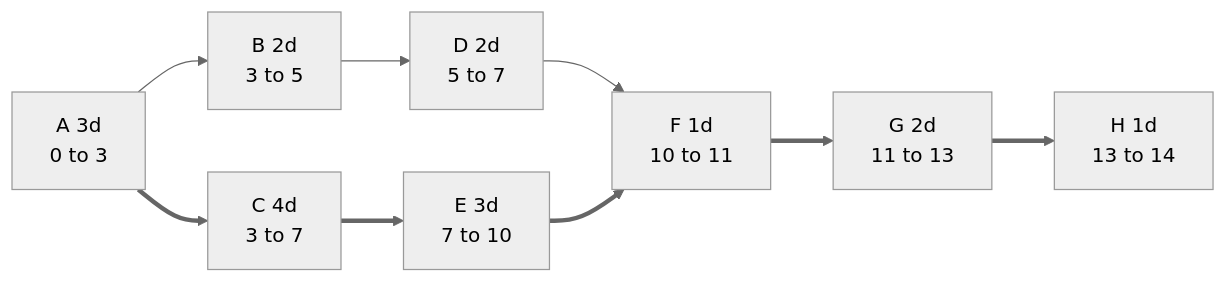
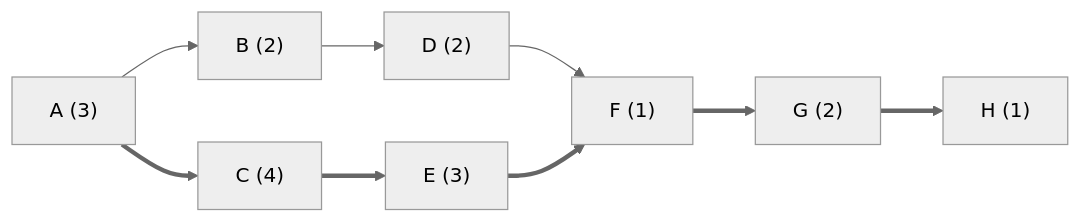
Before and after one commit to vrevolverrr/vicher: the diagram in eval/figure/generated/haiku/b-gantt.md, drawn with Mermaid (neutral theme). The commit also changed other lines of this file and 243 other files, not shown here.

First line of the commit message:
feat(figure): replace tags with groups and states (#13)

````diff
--- a/eval/figure/generated/haiku/b-gantt.md
+++ b/eval/figure/generated/haiku/b-gantt.md
@@ -16,11 +18,11 @@
 ```mermaid
 flowchart LR
-    A["A 3d<br/>0 to 3"] ==> C["C 4d<br/>3 to 7"]
-    A --> B["B 2d<br/>3 to 5"]
-    B --> D["D 2d<br/>5 to 7"]
-    C ==> E["E 3d<br/>7 to 10"]
-    D --> F["F 1d<br/>10 to 11"]
-    E ==> F
-    F ==> G["G 2d<br/>11 to 13"]
-    G ==> H["H 1d<br/>13 to 14"]
+  A["A (3)"] ==> C["C (4)"]
+  A --> B["B (2)"]
+  B --> D["D (2)"]
+  C ==> E["E (3)"]
+  D --> F["F (1)"]
+  E ==> F
+  F ==> G["G (2)"]
+  G ==> H["H (1)"]
 ```
````
